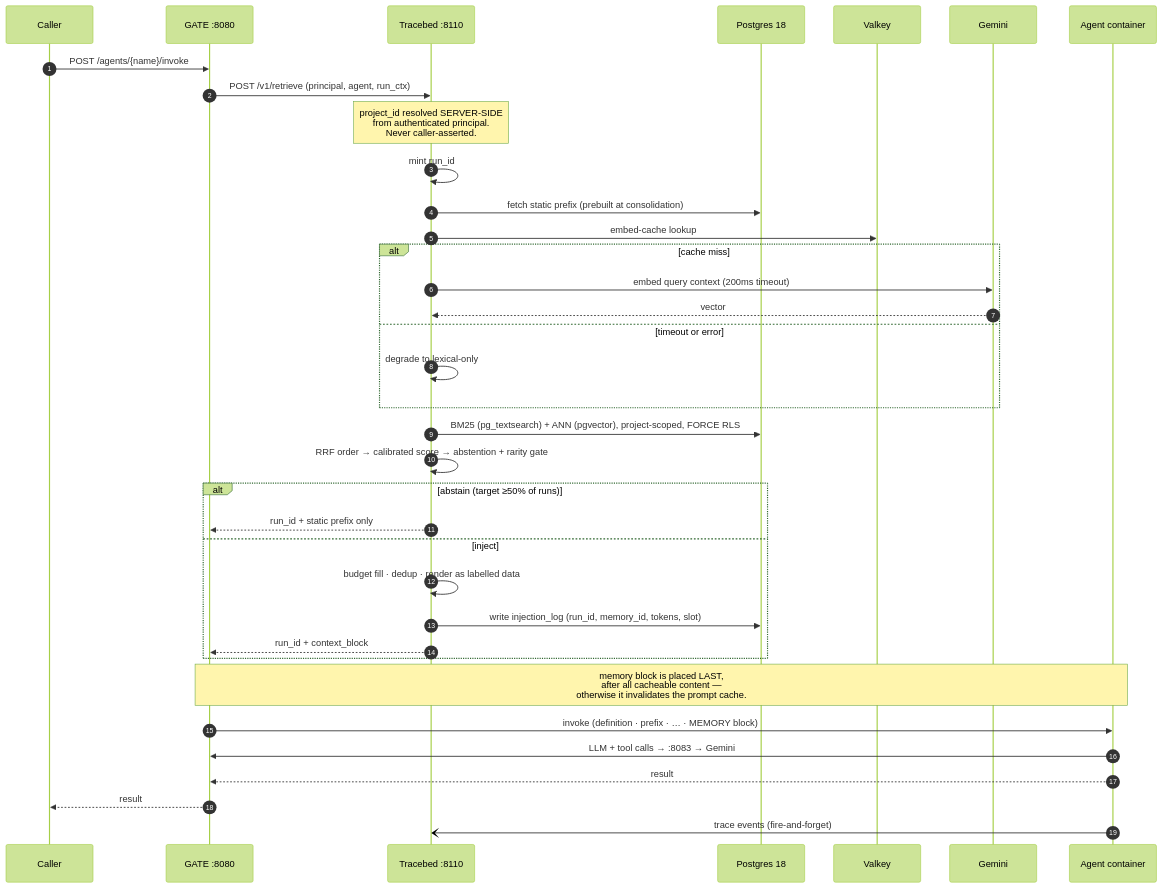
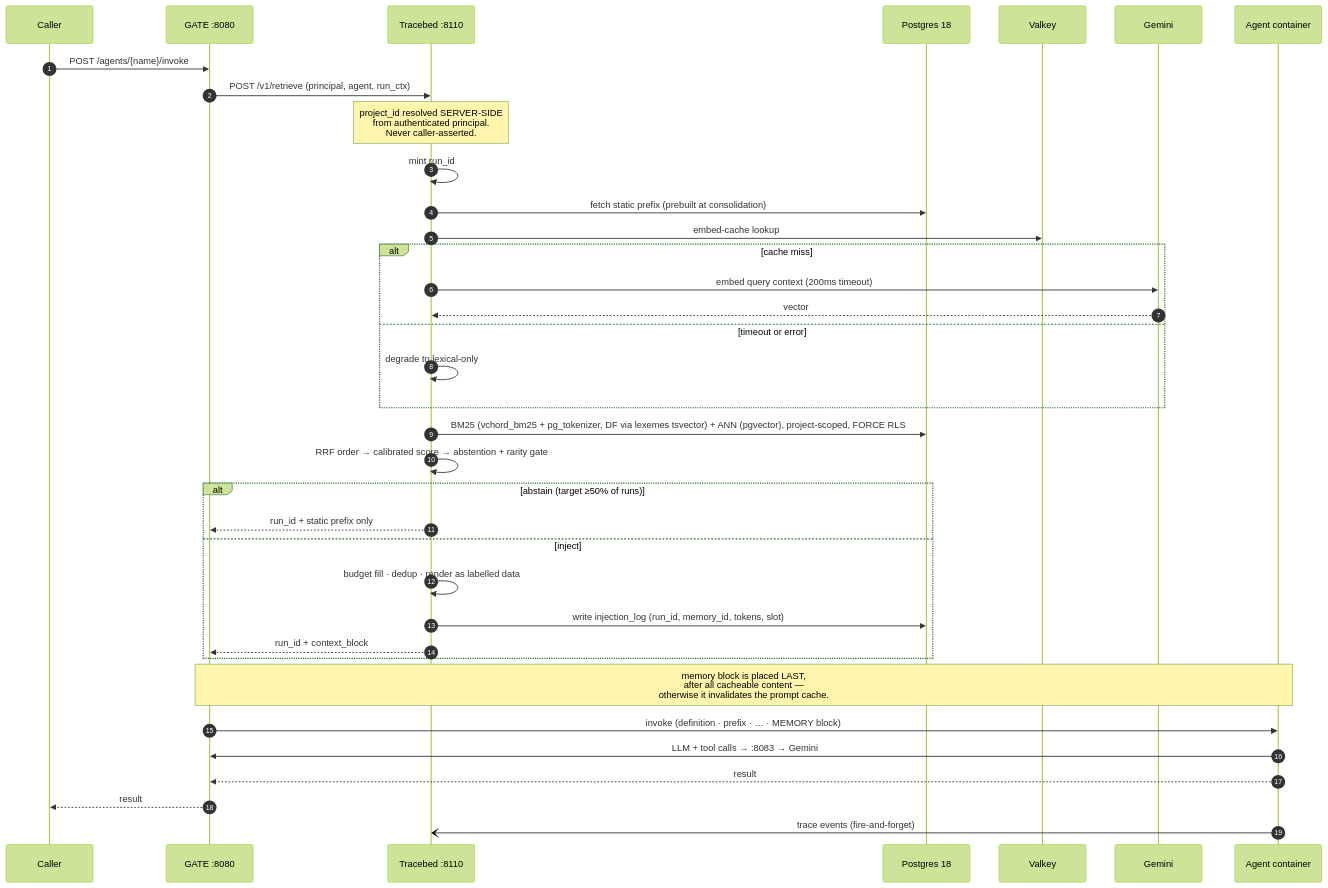
Before and after one commit to kirti34n/Trace-bed: the second of 5 diagrams in docs/MEMORY-FLOW.md, drawn with Mermaid (forest theme). The commit also changed 8 other files, not shown here.

````diff
--- a/docs/MEMORY-FLOW.md
+++ b/docs/MEMORY-FLOW.md
@@ -74,39 +74,39 @@
 ```mermaid
 sequenceDiagram
   autonumber
   participant C as Caller
   participant G as GATE :8080
   participant TB as Tracebed :8110
   participant PG as Postgres 18
   participant VK as Valkey
   participant GEM as Gemini
   participant A as Agent container
 
   C->>G: POST /agents/{name}/invoke
   G->>TB: POST /v1/retrieve (principal, agent, run_ctx)
   Note over TB: project_id resolved SERVER-SIDE<br/>from authenticated principal.<br/>Never caller-asserted.
   TB->>TB: mint run_id
   TB->>PG: fetch static prefix (prebuilt at consolidation)
   TB->>VK: embed-cache lookup
   alt cache miss
     TB->>GEM: embed query context (200ms timeout)
     GEM-->>TB: vector
   else timeout or error
     TB->>TB: degrade to lexical-only
   end
-  TB->>PG: BM25 (pg_textsearch) + ANN (pgvector), project-scoped, FORCE RLS
+  TB->>PG: BM25 (vchord_bm25 + pg_tokenizer, DF via lexemes tsvector) + ANN (pgvector), project-scoped, FORCE RLS
   TB->>TB: RRF order → calibrated score → abstention + rarity gate
   alt abstain (target ≥50% of runs)
     TB-->>G: run_id + static prefix only
   else inject
     TB->>TB: budget fill · dedup · render as labelled data
     TB->>PG: write injection_log (run_id, memory_id, tokens, slot)
     TB-->>G: run_id + context_block
   end
   Note over G,A: memory block is placed LAST,<br/>after all cacheable content —<br/>otherwise it invalidates the prompt cache.
   G->>A: invoke (definition · prefix · … · MEMORY block)
   A->>G: LLM + tool calls → :8083 → Gemini
   A-->>G: result
   G-->>C: result
   A-)TB: trace events (fire-and-forget)
 ```
````
